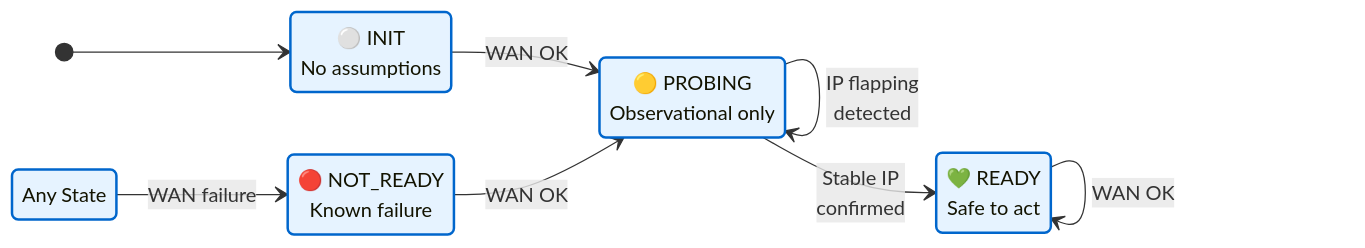
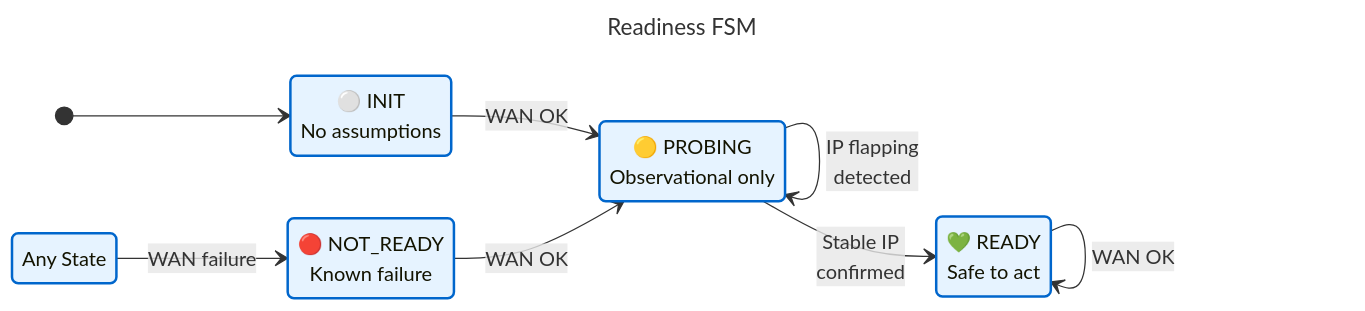
One commit to bkaewell/cloudflare-verified-ddns changed the second of 3 diagrams in docs/CONTROL_LOOP.md. Above: the diagram before and after it, drawn with Mermaid. The commit also changed other lines of this file, not shown here.

````diff
--- a/docs/CONTROL_LOOP.md
+++ b/docs/CONTROL_LOOP.md
@@ -45,28 +49,34 @@
 ```mermaid
+---
+title: Readiness FSM
+config:
+   look: classic
+   theme: 'default'
+---
 stateDiagram-v2
     direction LR
 
     INIT: ⚪ INIT<br/>No assumptions
     PROBING: 🟡 PROBING<br/>Observational only
     READY: 💚 READY<br/>Safe to act
     NOT_READY: 🔴 NOT_READY<br/>Known failure
 
     [*] --> INIT
 
     INIT --> PROBING : WAN OK
     NOT_READY --> PROBING : WAN OK
 
     PROBING --> READY : Stable IP<br/>confirmed
     PROBING --> PROBING : IP flapping<br/>detected
 
     READY --> READY : WAN OK
 
     %% Global failure invariant
     state "Any State" as ANY
     ANY --> NOT_READY : WAN failure
 
     %% Visual highlights
     classDef all fill:#e6f3ff,stroke:#0066cc,stroke-width:2px
 
     class ANY,INIT,PROBING,READY,NOT_READY all
 ```
````
